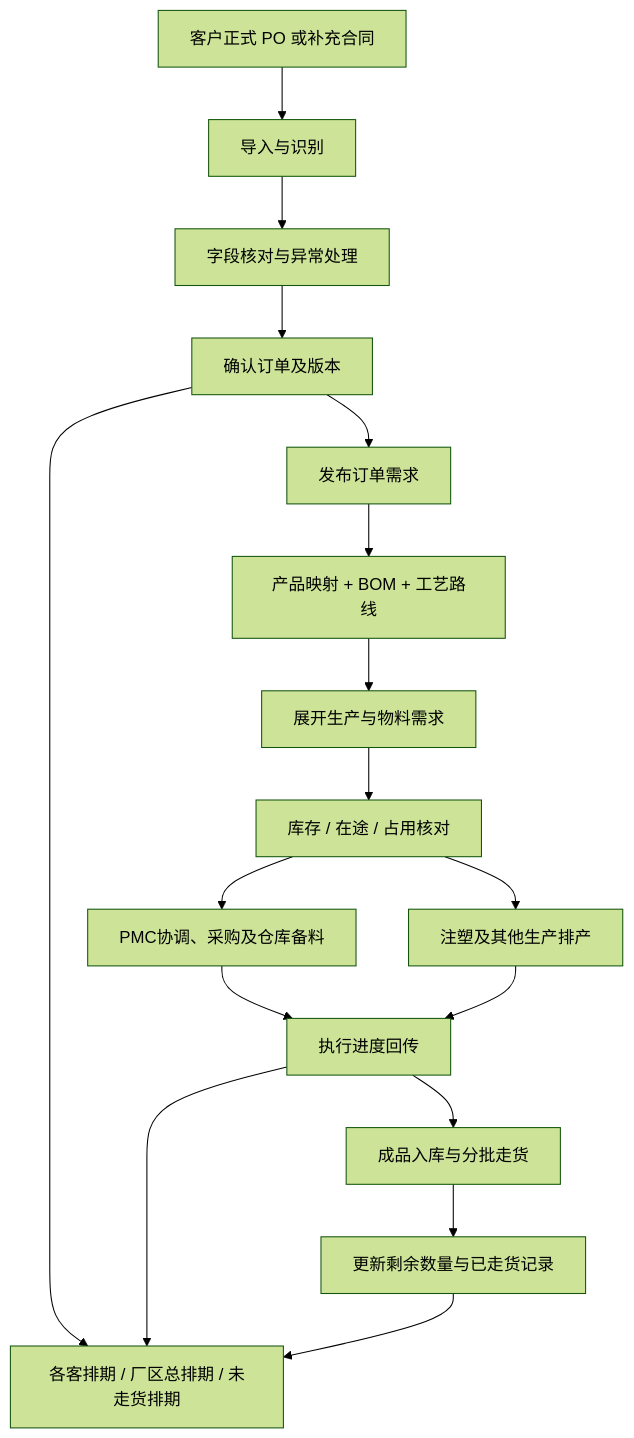
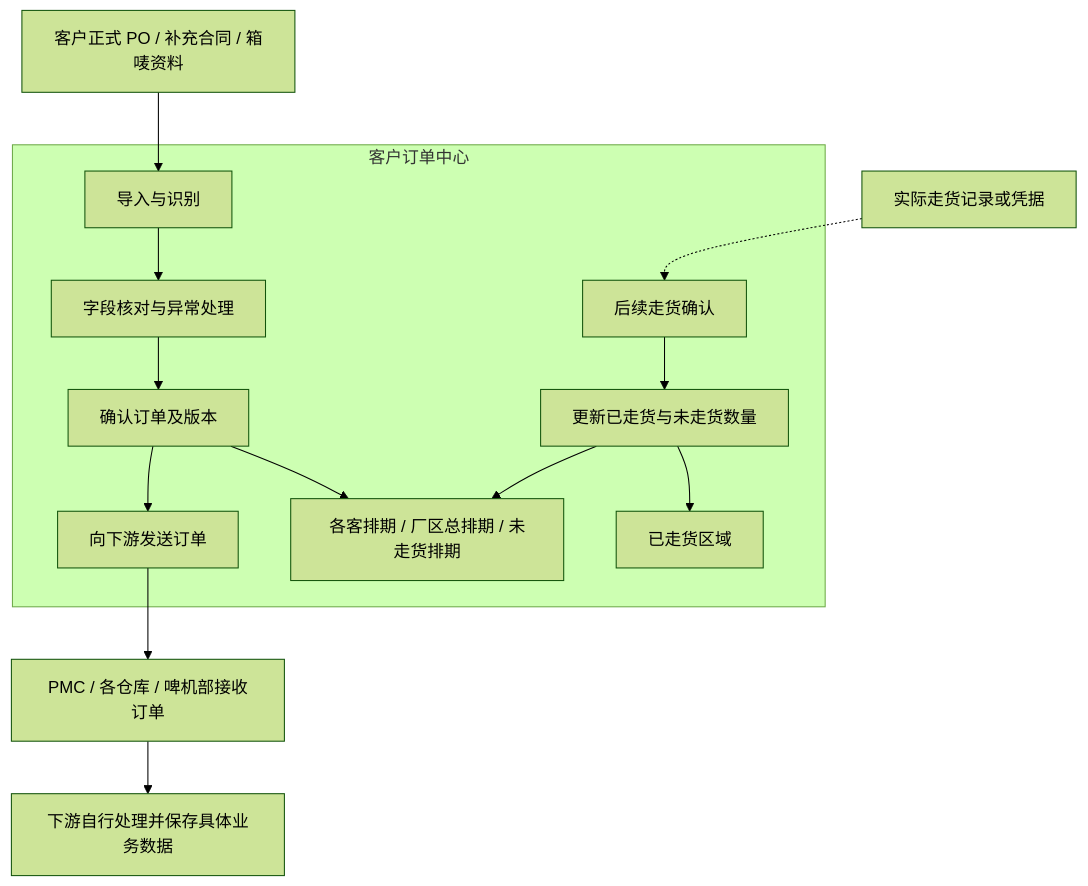
One commit to 13829313399-a11y/Royal-Regent-Nexus changed the diagram in docs/business/customer-order-center-erp-roadmap.md. Above: the diagram before and after it, drawn with Mermaid (forest theme). The commit also changed other lines of this file and 33 other files, not shown here.

````diff
--- a/docs/business/customer-order-center-erp-roadmap.md
+++ b/docs/business/customer-order-center-erp-roadmap.md
@@ -57,19 +63,16 @@
 ```mermaid
 flowchart TD
-    A[客户正式 PO 或补充合同] --> B[导入与识别]
-    B --> C[字段核对与异常处理]
-    C --> D[确认订单及版本]
-    D --> E[发布订单需求]
-    D --> V[各客排期 / 厂区总排期 / 未走货排期]
-    E --> F[产品映射 + BOM + 工艺路线]
-    F --> G[展开生产与物料需求]
-    G --> H[库存 / 在途 / 占用核对]
-    H --> I[PMC协调、采购及仓库备料]
-    H --> J[注塑及其他生产排产]
-    I --> K[执行进度回传]
-    J --> K
-    K --> V
-    K --> L[成品入库与分批走货]
-    L --> M[更新剩余数量与已走货记录]
-    M --> V
+    A[客户正式 PO / 补充合同 / 箱唛资料] --> B
+    subgraph OC[客户订单中心]
+        B[导入与识别] --> C[字段核对与异常处理]
+        C --> D[确认订单及版本]
+        D --> E[向下游发送订单]
+        D --> V[各客排期 / 厂区总排期 / 未走货排期]
+        S[后续走货确认] --> M[更新已走货与未走货数量]
+        M --> V
+        M --> H[已走货区域]
+    end
+    E --> X[PMC / 各仓库 / 啤机部接收订单]
+    X --> Y[下游自行处理并保存具体业务数据]
+    Z[实际走货记录或凭据] -.-> S
 ```
````
